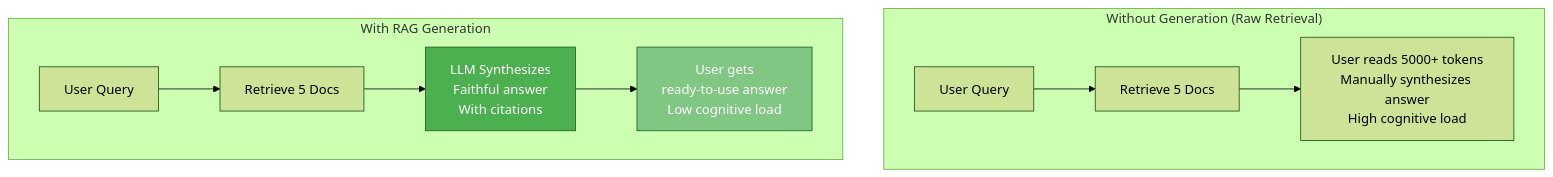
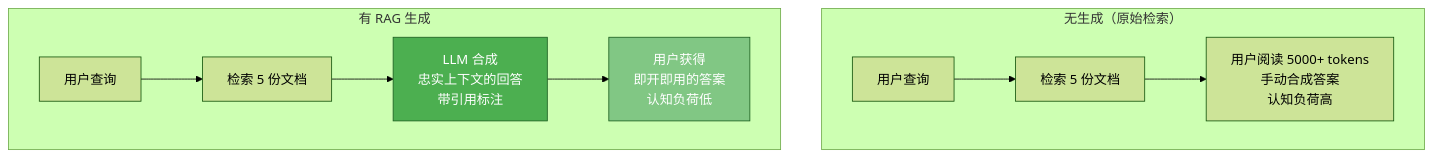
One commit to YiWang24/AiDIY changed the second of 4 diagrams in i18n/zh-Hans/docusaurus-plugin-content-docs/current/ai/rag/05-generation.mdx. Above: the diagram before and after it, drawn with Mermaid (forest theme). The commit also changed other lines of this file and 59 other files, not shown here.

````diff
--- a/i18n/zh-Hans/docusaurus-plugin-content-docs/current/ai/rag/05-generation.mdx
+++ b/i18n/zh-Hans/docusaurus-plugin-content-docs/current/ai/rag/05-generation.mdx
@@ -59,16 +59,16 @@
 ```mermaid
 flowchart TB
-    subgraph WithoutGeneration["Without Generation (Raw Retrieval)"]
-        Q1["User Query"] --> R1["Retrieve 5 Docs"]
-        R1 --> U1["User reads 5000+ tokens<br/>Manually synthesizes answer<br/>High cognitive load"]
+    subgraph WithoutGeneration["无生成（原始检索）"]
+        Q1["用户查询"] --> R1["检索 5 份文档"]
+        R1 --> U1["用户阅读 5000+ tokens<br/>手动合成答案<br/>认知负荷高"]
     end
 
-    subgraph WithGeneration["With RAG Generation"]
-        Q2["User Query"] --> R2["Retrieve 5 Docs"]
-        R2 --> G["LLM Synthesizes<br/>Faithful answer<br/>With citations"]
-        G --> U2["User gets<br/>ready-to-use answer<br/>Low cognitive load"]
+    subgraph WithGeneration["有 RAG 生成"]
+        Q2["用户查询"] --> R2["检索 5 份文档"]
+        R2 --> G["LLM 合成<br/>忠实上下文的回答<br/>带引用标注"]
+        G --> U2["用户获得<br/>即开即用的答案<br/>认知负荷低"]
     end
 
     style G fill:#4caf50,stroke:#1b5e20,color:#fff
     style U2 fill:#81c784,stroke:#1b5e20,color:#fff
 ```
````
